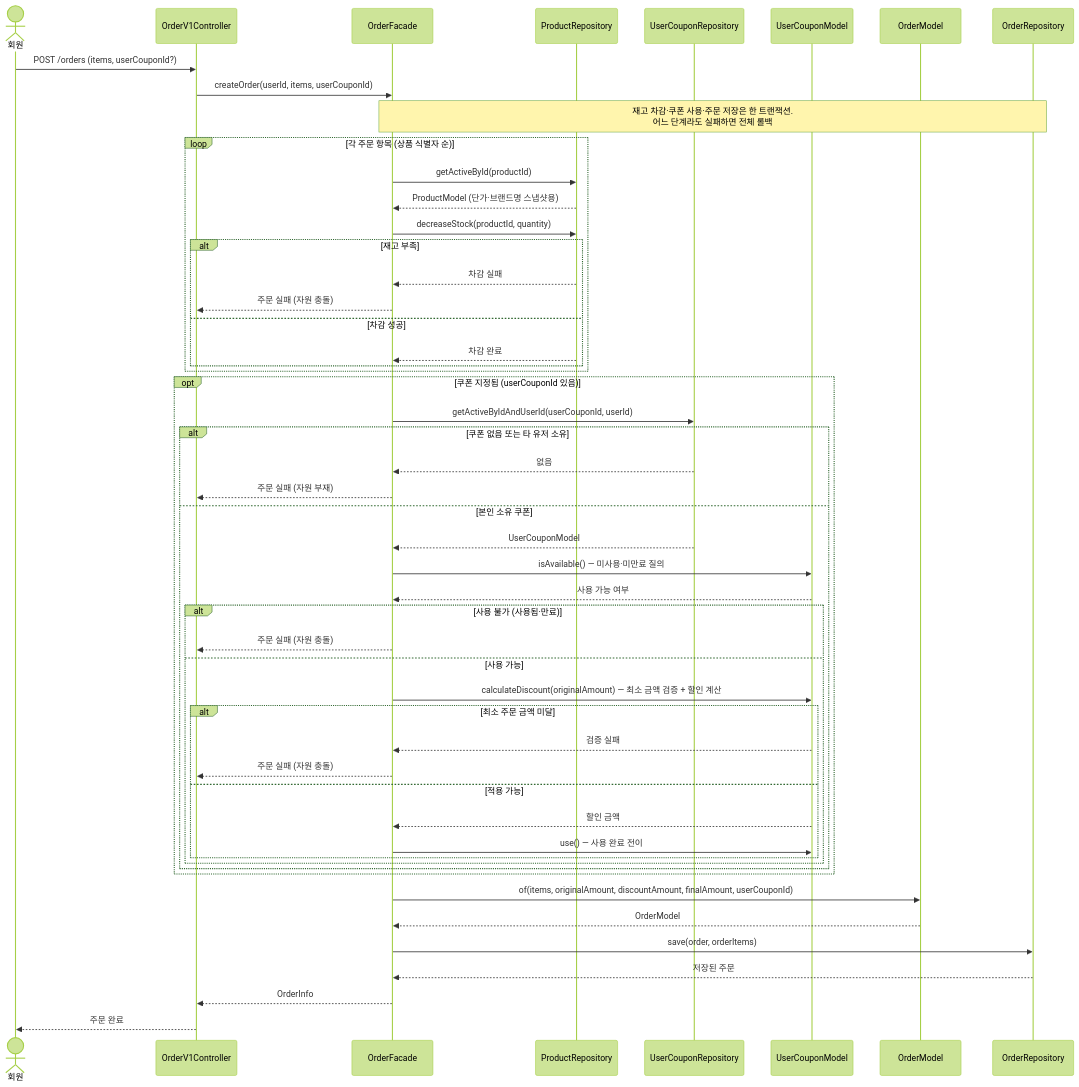
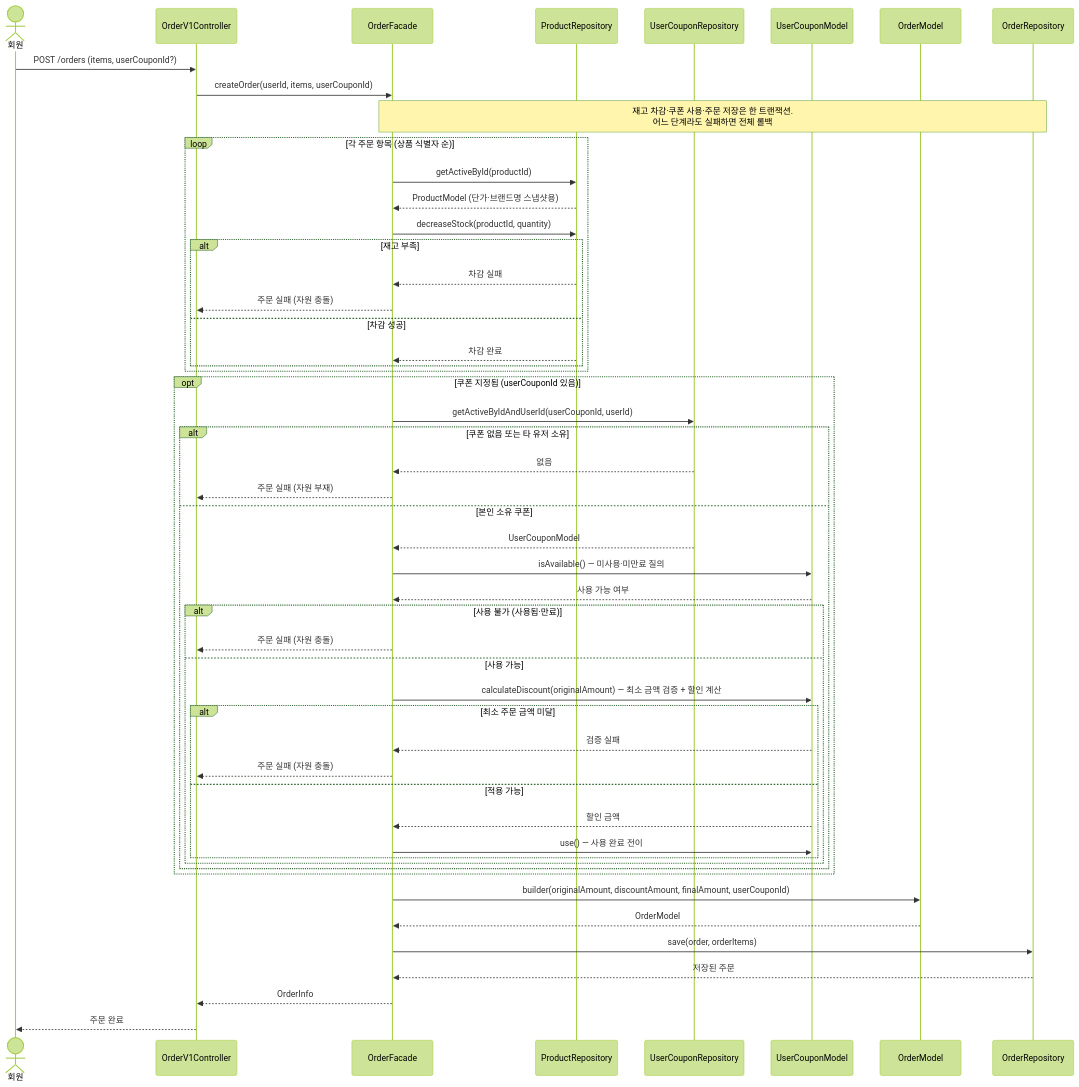
The second of 2 diagrams in docs/volume-4/02-sequence-diagrams.md (loopers-labs/loop-pack-be-l2-vol4-java), drawn with Mermaid (forest theme) before and after one commit. The commit also changed other lines of this file and 11 other files, not shown here.

````diff
--- a/docs/volume-4/02-sequence-diagrams.md
+++ b/docs/volume-4/02-sequence-diagrams.md
@@ -79,59 +79,59 @@
 ```mermaid
 sequenceDiagram
     actor 회원
     participant C as OrderV1Controller
     participant F as OrderFacade
     participant PR as ProductRepository
     participant UCR as UserCouponRepository
     participant UC as UserCouponModel
     participant O as OrderModel
     participant OR as OrderRepository
 
     회원->>C: POST /orders (items, userCouponId?)
     C->>F: createOrder(userId, items, userCouponId)
 
     Note over F,OR: 재고 차감·쿠폰 사용·주문 저장은 한 트랜잭션.<br/>어느 단계라도 실패하면 전체 롤백
 
     loop 각 주문 항목 (상품 식별자 순)
         F->>PR: getActiveById(productId)
         PR-->>F: ProductModel (단가·브랜드명 스냅샷용)
         F->>PR: decreaseStock(productId, quantity)
         alt 재고 부족
             PR-->>F: 차감 실패
             F-->>C: 주문 실패 (자원 충돌)
         else 차감 성공
             PR-->>F: 차감 완료
         end
     end
 
     opt 쿠폰 지정됨 (userCouponId 있음)
         F->>UCR: getActiveByIdAndUserId(userCouponId, userId)
         alt 쿠폰 없음 또는 타 유저 소유
             UCR-->>F: 없음
             F-->>C: 주문 실패 (자원 부재)
         else 본인 소유 쿠폰
             UCR-->>F: UserCouponModel
             F->>UC: isAvailable() — 미사용·미만료 질의
             UC-->>F: 사용 가능 여부
             alt 사용 불가 (사용됨·만료)
                 F-->>C: 주문 실패 (자원 충돌)
             else 사용 가능
                 F->>UC: calculateDiscount(originalAmount) — 최소 금액 검증 + 할인 계산
                 alt 최소 주문 금액 미달
                     UC-->>F: 검증 실패
                     F-->>C: 주문 실패 (자원 충돌)
                 else 적용 가능
                     UC-->>F: 할인 금액
                     F->>UC: use() — 사용 완료 전이
                 end
             end
         end
     end
 
-    F->>O: of(items, originalAmount, discountAmount, finalAmount, userCouponId)
+    F->>O: builder(originalAmount, discountAmount, finalAmount, userCouponId)
     O-->>F: OrderModel
     F->>OR: save(order, orderItems)
     OR-->>F: 저장된 주문
     F-->>C: OrderInfo
     C-->>회원: 주문 완료
 ```
````
